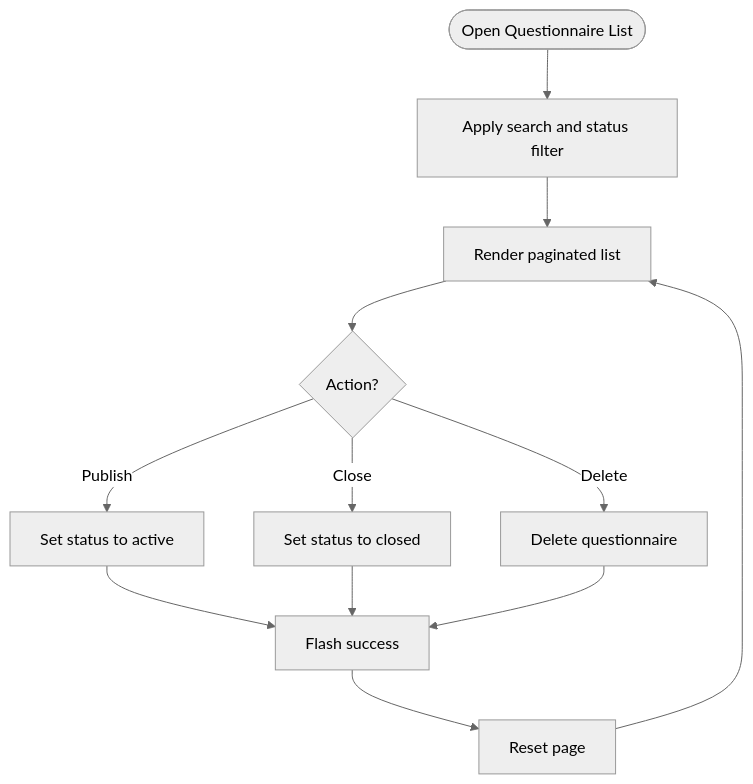
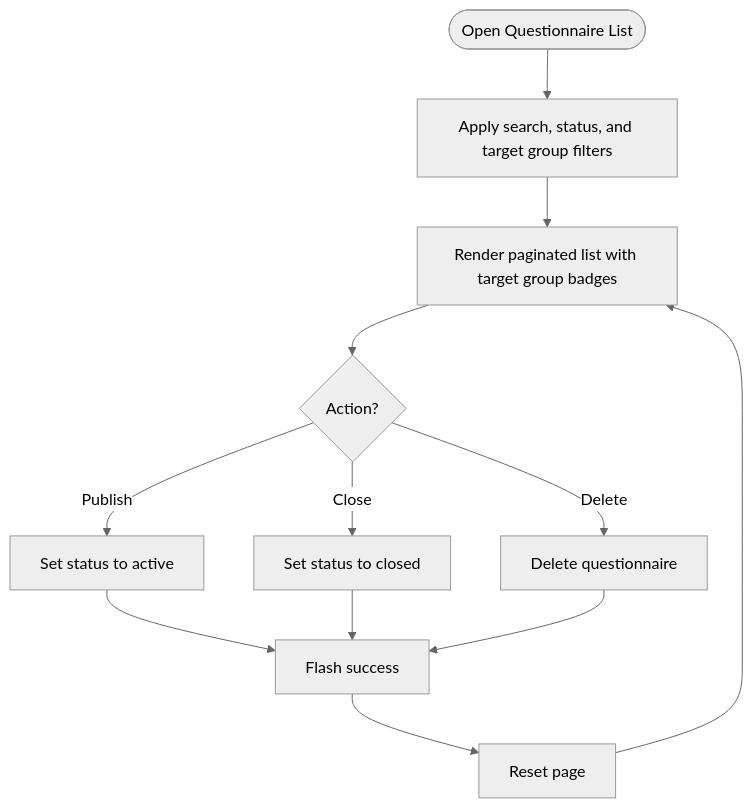
The eighth of 11 diagrams in .qoder/repowiki/en/content/Livewire Components/Admin Components.md (rudicatsmile/assesment360), drawn with Mermaid (neutral theme) before and after one commit. The commit also changed other lines of this file and 5 other files, not shown here.

````diff
--- a/.qoder/repowiki/en/content/Livewire Components/Admin Components.md
+++ b/.qoder/repowiki/en/content/Livewire Components/Admin Components.md
@@ -384,14 +401,14 @@
 ```mermaid
 flowchart TD
-Start(["Open Questionnaire List"]) --> ApplyFilters["Apply search and status filter"]
-ApplyFilters --> Render["Render paginated list"]
+Start(["Open Questionnaire List"]) --> ApplyFilters["Apply search, status, and target group filters"]
+ApplyFilters --> Render["Render paginated list with target group badges"]
 Render --> Action{"Action?"}
 Action --> |Publish| Publish["Set status to active"]
 Action --> |Close| Close["Set status to closed"]
 Action --> |Delete| Delete["Delete questionnaire"]
 Publish --> Success["Flash success"]
 Close --> Success
 Delete --> Success
 Success --> Reset["Reset page"]
 Reset --> Render
 ```
````
